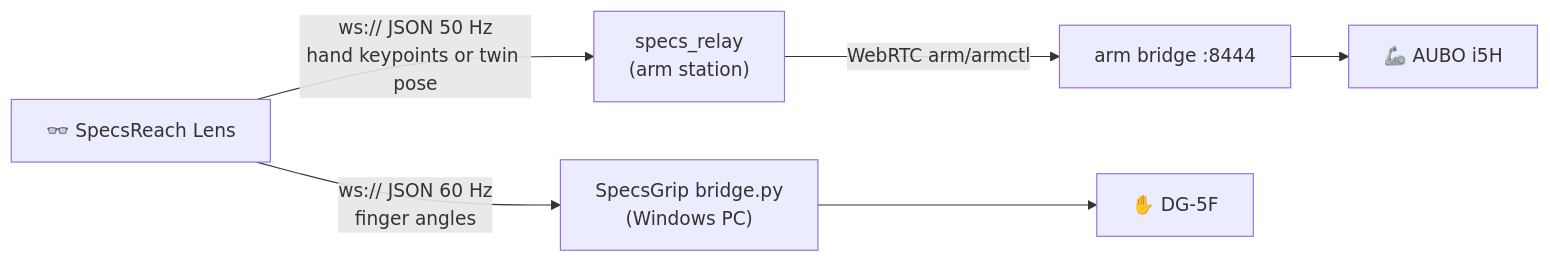
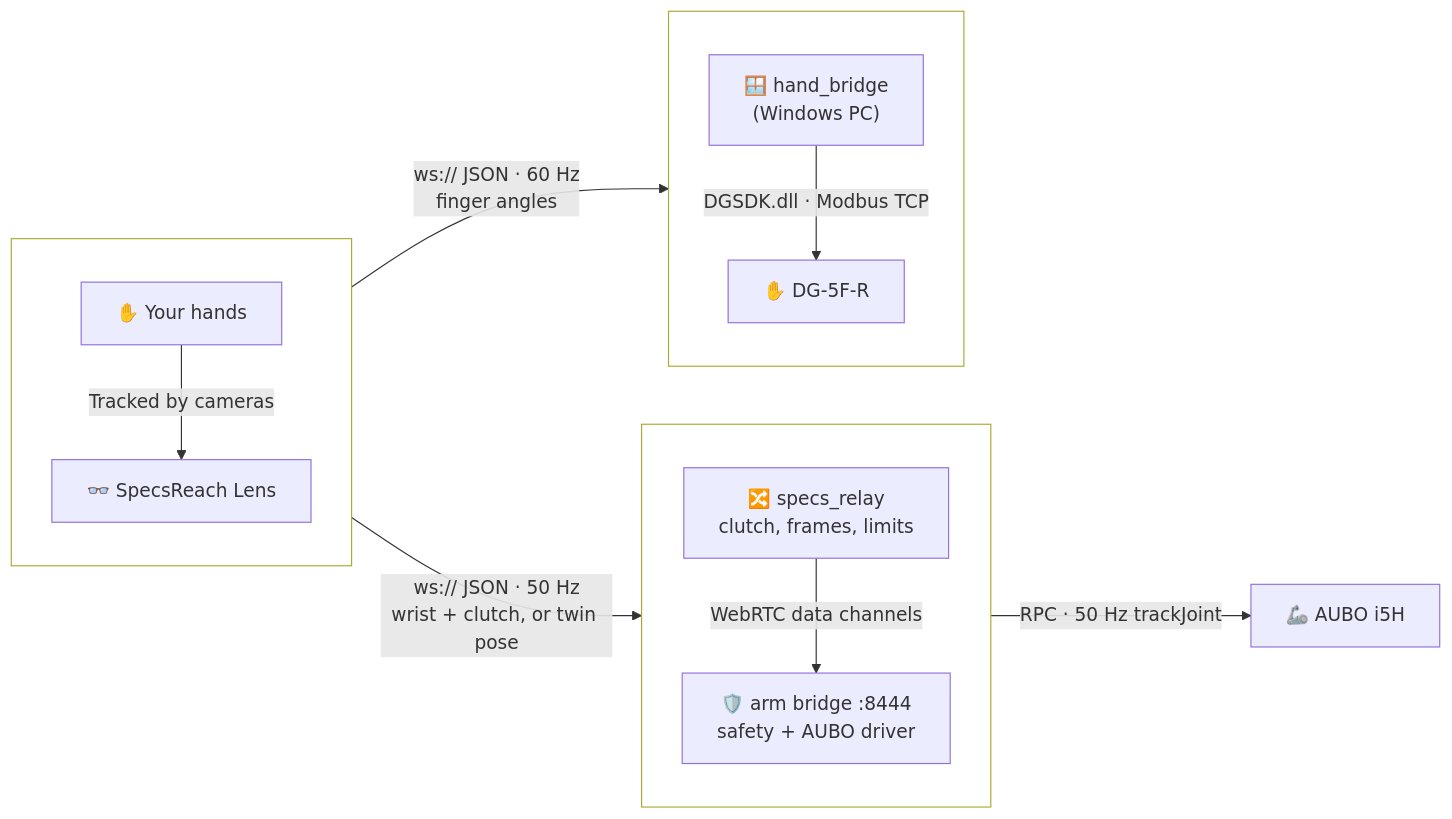
The second of 3 diagrams in README.md (amirmohideen/SpecsReach), drawn with Mermaid before and after one commit. The commit also changed other lines of this file and 51 other files, not shown here.

First line of the commit message:
Master README, arm station and hand bridge in one repo

````diff
--- a/README.md
+++ b/README.md
@@ -21,7 +316,25 @@
 ```mermaid
 flowchart LR
-  Lens["👓 SpecsReach Lens"]
-  Lens -->|"ws:// JSON 50 Hz<br>hand keypoints or twin pose"| Relay["specs_relay<br>(arm station)"]
-  Relay -->|"WebRTC arm/armctl"| Bridge["arm bridge :8444"] --> Arm["🦾 AUBO i5H"]
-  Lens -->|"ws:// JSON 60 Hz<br>finger angles"| HB["SpecsGrip bridge.py<br>(Windows PC)"] --> Hand["✋ DG-5F"]
+  subgraph lens [ ]
+    direction TB
+    You["✋ Your hands"] -->|"Tracked by cameras"| Lens["👓 SpecsReach Lens"]
+  end
+
+  subgraph station [ ]
+    direction TB
+    Relay["🔀 specs_relay<br>clutch, frames, limits"] -->|"WebRTC data channels"| Bridge["🛡️ arm bridge :8444<br>safety + AUBO driver"]
+  end
+
+  subgraph hand [ ]
+    direction TB
+    HB["🪟 hand_bridge<br>(Windows PC)"] -->|"DGSDK.dll · Modbus TCP"| DG["✋ DG-5F-R"]
+  end
+
+  Lens -->|"ws:// JSON · 50 Hz<br>wrist + clutch, or twin pose"| Relay
+  Bridge -->|"RPC · 50 Hz trackJoint"| Arm["🦾 AUBO i5H"]
+  Lens -->|"ws:// JSON · 60 Hz<br>finger angles"| HB
+
+  style lens fill:transparent
+  style station fill:transparent
+  style hand fill:transparent
 ```
````
